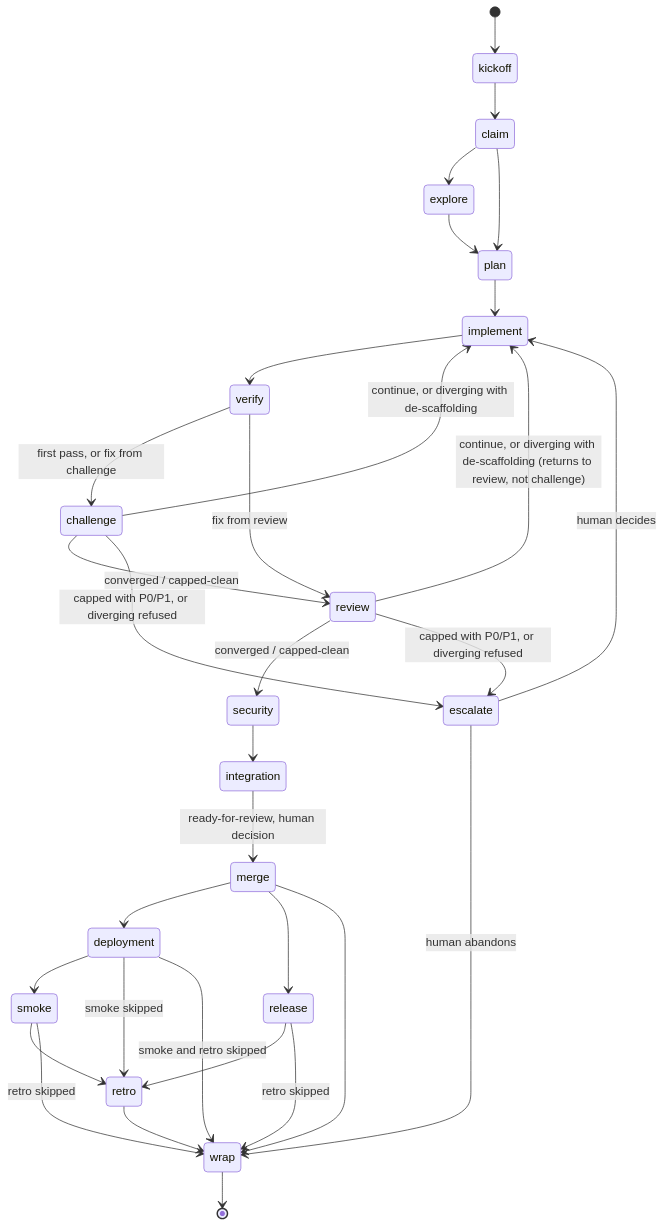
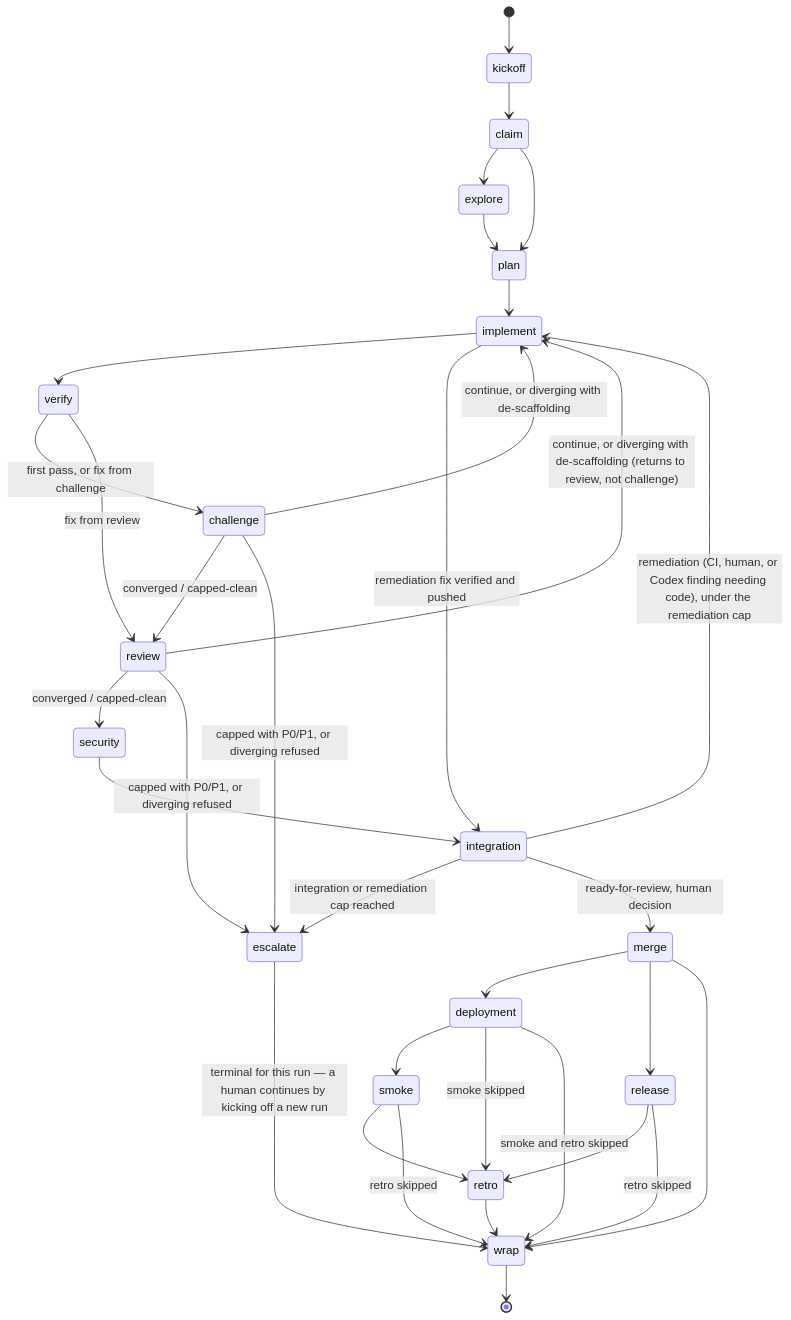
Before and after one commit to evanharmon1/harmon-devkit: the second of 2 diagrams in docs/product/domain.md, drawn with Mermaid. The commit also changed 1 other file, not shown here.

Commit message:
docs(specs): close the Dev flow v2 review stage at the cap
Review round 3 adjudicated 4 P1 + 6 P2, all fixed in place: an
integration cycle exhausted by a post-fix head is `capped` with a
blocker and never a waived verdict; settlements of deferred findings are
appended to the run record so posted evidence stays immutable under its
digest; a logical round is one result per configured finder; a cap of 0
disables the stage; tightening of convergence policy is defined
structurally; every value read during policy resolution comes from the
merge base; the lifecycle gains the integration remediation loop and
makes escalation terminal for the run; marker adoption requires a
trusted author; count_rising wording reconciled with its guard.

Refs #633

Claude-Session: https://claude.ai/code/session_01E7UvZ3SebA3gfYSx1gMHxp

````diff
--- a/docs/product/domain.md
+++ b/docs/product/domain.md
@@ -69,34 +69,36 @@
 ```mermaid
 stateDiagram-v2
     [*] --> kickoff
     kickoff --> claim
     claim --> explore
     claim --> plan
     explore --> plan
     plan --> implement
     implement --> verify
     verify --> challenge : first pass, or fix from challenge
     verify --> review : fix from review
     challenge --> implement : continue, or diverging with de-scaffolding
     challenge --> review : converged / capped-clean
     challenge --> escalate : capped with P0/P1, or diverging refused
     review --> implement : continue, or diverging with de-scaffolding (returns to review, not challenge)
     review --> security : converged / capped-clean
     review --> escalate : capped with P0/P1, or diverging refused
-    escalate --> implement : human decides
-    escalate --> wrap : human abandons
+    escalate --> wrap : terminal for this run — a human continues by kicking off a new run
     security --> integration
+    integration --> implement : remediation (CI, human, or Codex finding needing code), under the remediation cap
+    implement --> integration : remediation fix verified and pushed
+    integration --> escalate : integration or remediation cap reached
     integration --> merge : ready-for-review, human decision
     merge --> deployment
     merge --> release
     deployment --> smoke
     deployment --> retro : smoke skipped
     deployment --> wrap : smoke and retro skipped
     smoke --> retro
     smoke --> wrap : retro skipped
     release --> retro
     release --> wrap : retro skipped
     merge --> wrap
     retro --> wrap
     wrap --> [*]
 ```
````
